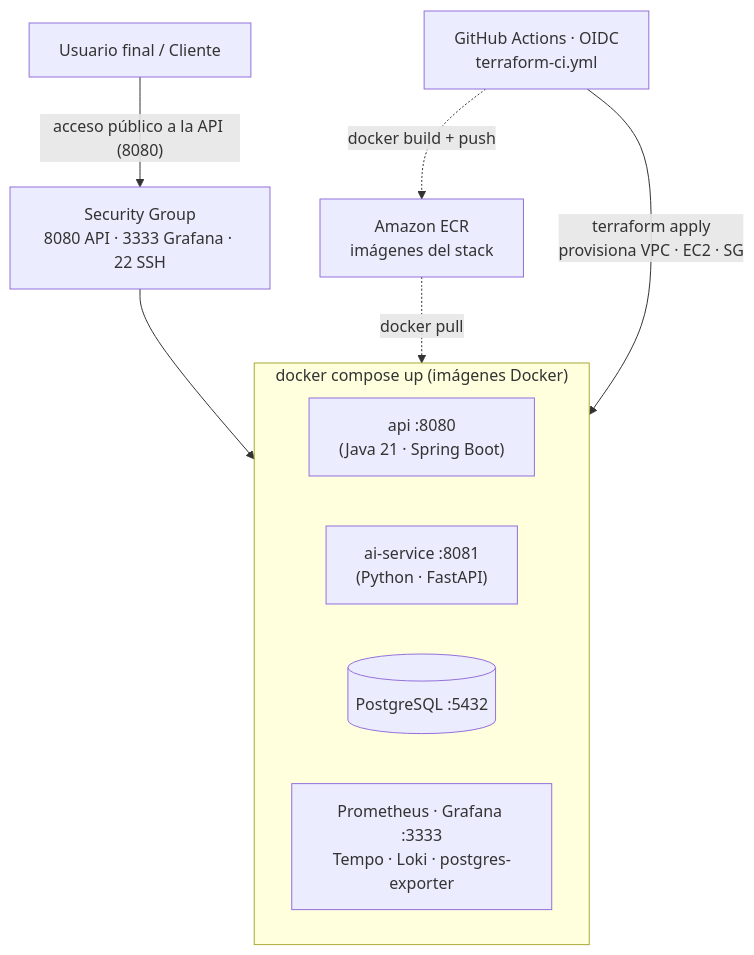
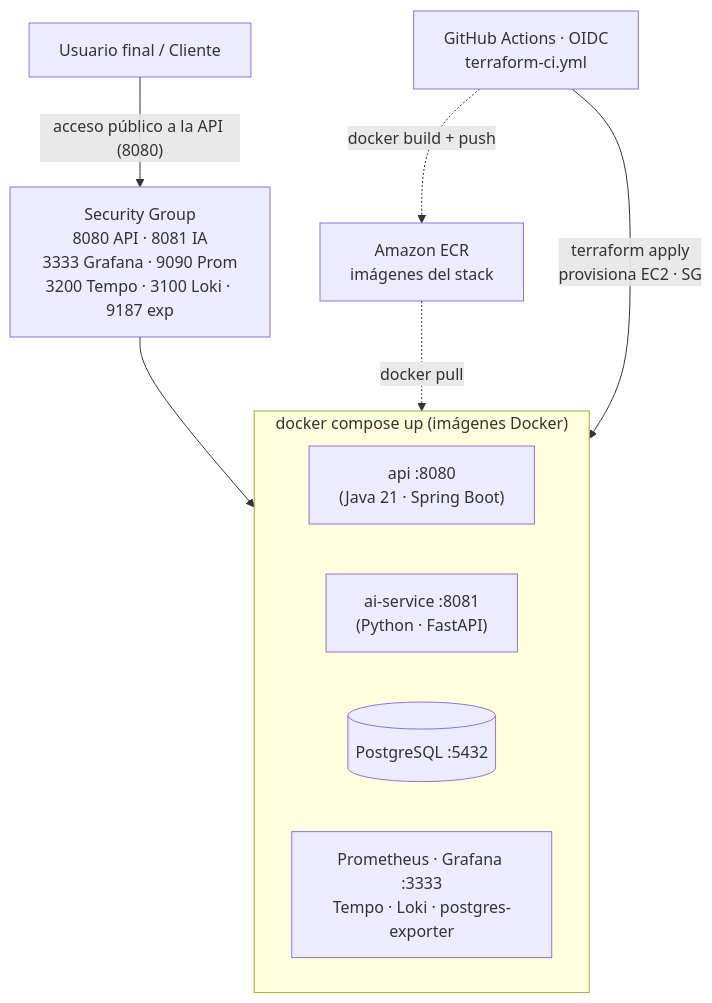
Before and after one commit to DavCoder22/RetoTCs: the second of 2 diagrams in docs/ARQUITECTURA.md, drawn with Mermaid. The commit also changed other lines of this file and 8 other files, not shown here.

````diff
--- a/docs/ARQUITECTURA.md
+++ b/docs/ARQUITECTURA.md
@@ -268,16 +269,16 @@
 ```mermaid
 flowchart TB
-    USER["Usuario final / Cliente"] -->|"acceso público a la API (8080)"| SG["Security Group\n8080 API · 3333 Grafana · 22 SSH"]
+    USER["Usuario final / Cliente"] -->|"acceso público a la API (8080)"| SG["Security Group\n8080 API · 8081 IA\n3333 Grafana · 9090 Prom\n3200 Tempo · 3100 Loki · 9187 exp"]
     SG --> EC2["EC2 · Amazon Linux 2023\nDocker Engine"]
 
     subgraph EC2["docker compose up (imágenes Docker)"]
         API["api :8080\n(Java 21 · Spring Boot)"]
         AI["ai-service :8081\n(Python · FastAPI)"]
         PG[("PostgreSQL :5432")]
         OBS["Prometheus · Grafana :3333\nTempo · Loki · postgres-exporter"]
     end
 
     ECR["Amazon ECR\nimágenes del stack"] -. "docker pull" .-> EC2
-    GHA["GitHub Actions · OIDC\nterraform-ci.yml"] -->|"terraform apply\nprovisiona VPC · EC2 · SG"| EC2
+    GHA["GitHub Actions · OIDC\nterraform-ci.yml"] -->|"terraform apply\nprovisiona EC2 · SG"| EC2
     GHA -. "docker build + push" .-> ECR
 ```
````
